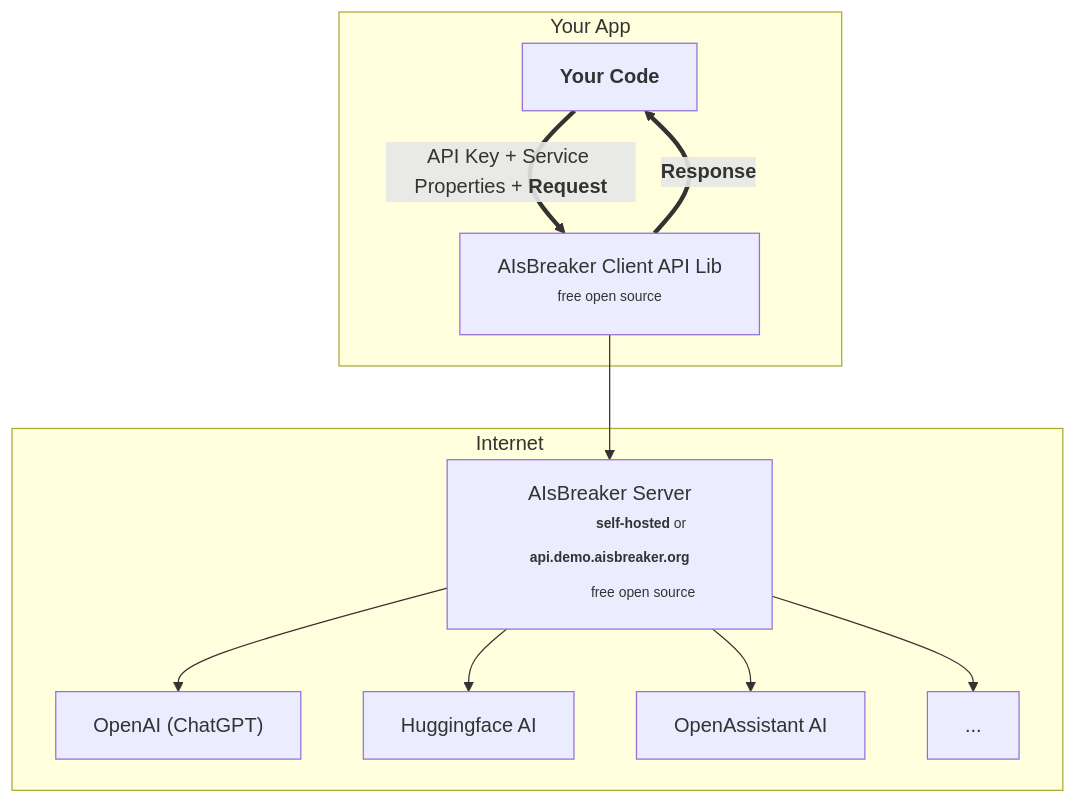
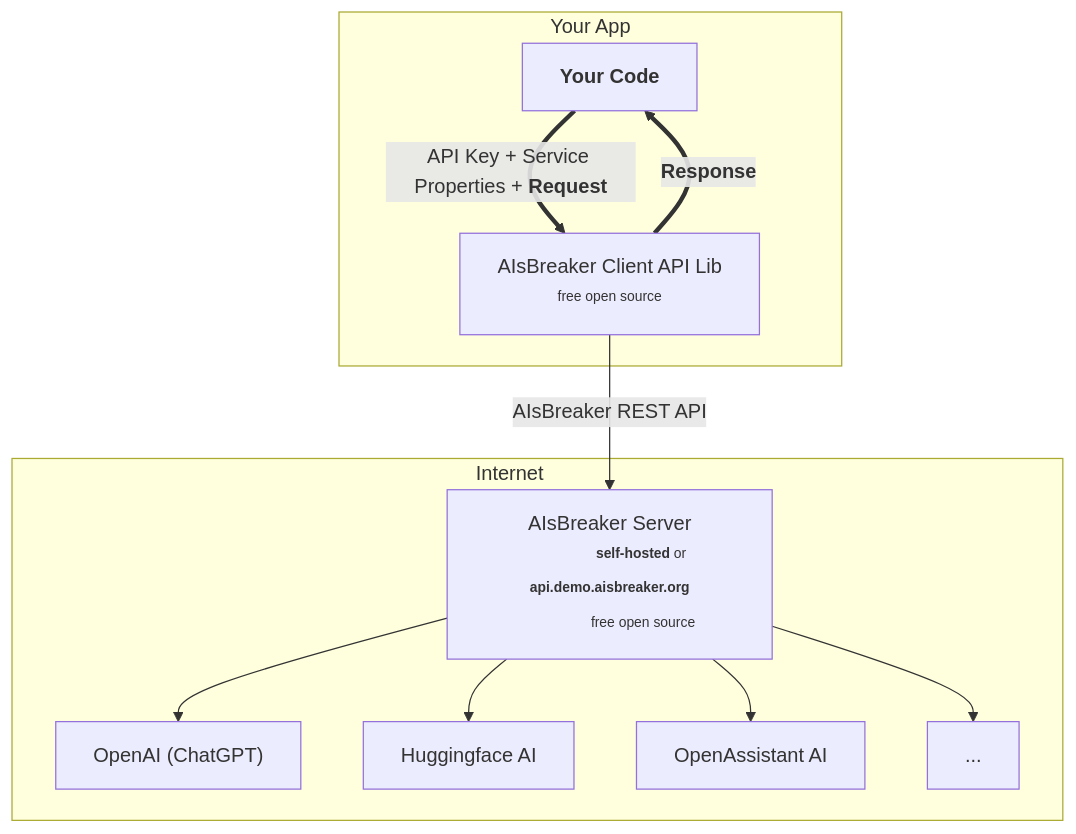
One commit to aisbreaker/aisbreaker.org changed the first of 2 diagrams in site/docs/architecture.md. Above: the diagram before and after it, drawn with Mermaid. The commit also changed 1 other file, not shown here.

````diff
--- a/site/docs/architecture.md
+++ b/site/docs/architecture.md
@@ -17,20 +17,20 @@
 ```mermaid
 graph TD
   subgraph client[Your App]
     App["<b>Your Code</b>"]
     Lib["AIsBreaker Client API Lib
          <sub><sup>free open source</sup></sub>"]
     App ==API Key + Service Properties + <b>Request</b>==> Lib
     Lib ==<b>Response</b>==> App
   end
-  Lib --> Server
+  Lib --AIsBreaker REST API--> Server
   subgraph internet["Internet&nbsp;&nbsp;&nbsp;&nbsp;&nbsp;&nbsp;&nbsp;&nbsp;&nbsp;&nbsp;"]
     Server["AIsBreaker Server
             <sub><sup><b>self-hosted</b> or <b>api.demo.aisbreaker.org</b></sup></sub>
             <sub><sup>free open source</sup></sub>"]
     Server --> AI1["OpenAI (ChatGPT)"]
     Server --> AI2["Huggingface AI"]
     Server --> AI3["OpenAssistant AI"]
     Server --> AI4["..."]
   end
 ```
````
